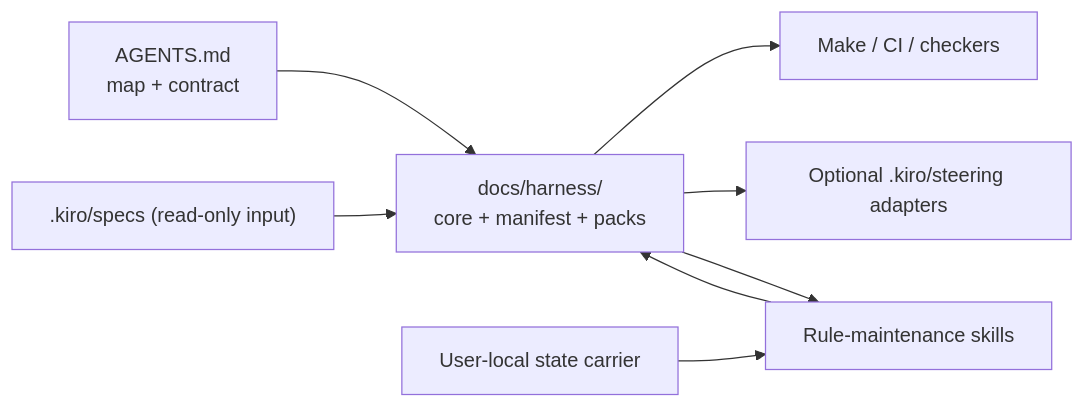
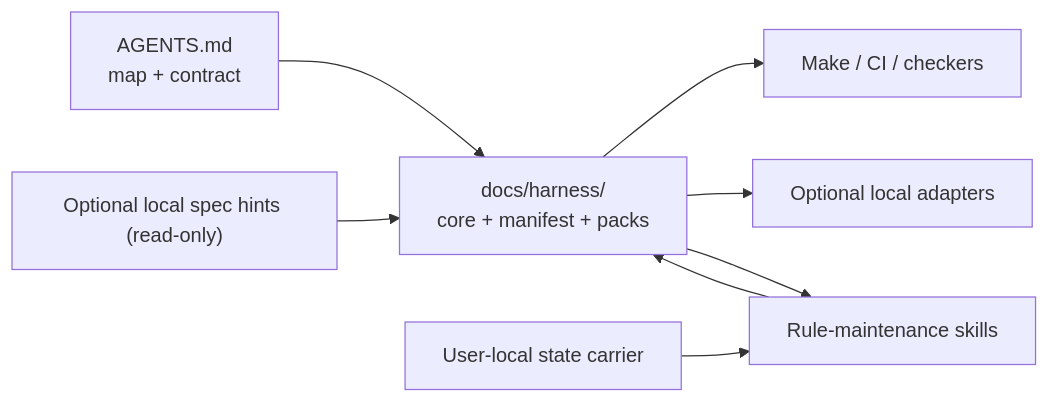
One commit to cnkang/nginx-markdown-for-agents changed the second of 2 diagrams in docs/harness/README.md. Above: the diagram before and after it, drawn with Mermaid. The commit also changed other lines of this file and 17 other files, not shown here.

````diff
--- a/docs/harness/README.md
+++ b/docs/harness/README.md
@@ -43,10 +43,10 @@
 ```mermaid
 flowchart LR
     A["AGENTS.md<br/>map + contract"] --> B["docs/harness/<br/>core + manifest + packs"]
     B --> C["Make / CI / checkers"]
-    B --> D["Optional .kiro/steering adapters"]
+    B --> D["Optional local adapters"]
     B --> E["Rule-maintenance skills"]
-    F[".kiro/specs (read-only input)"] --> B
+    F["Optional local spec hints (read-only)"] --> B
     G["User-local state carrier"] --> E
     E --> B
 ```
````
